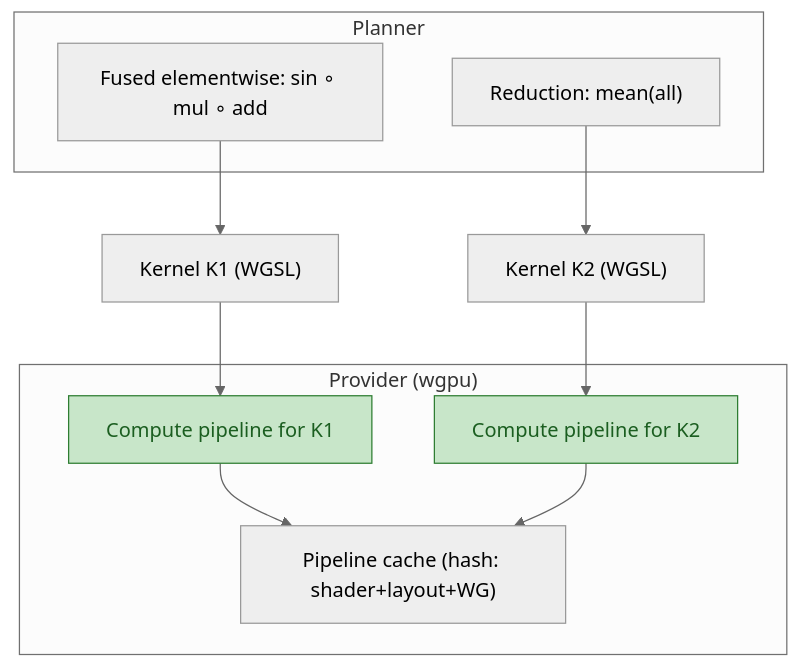
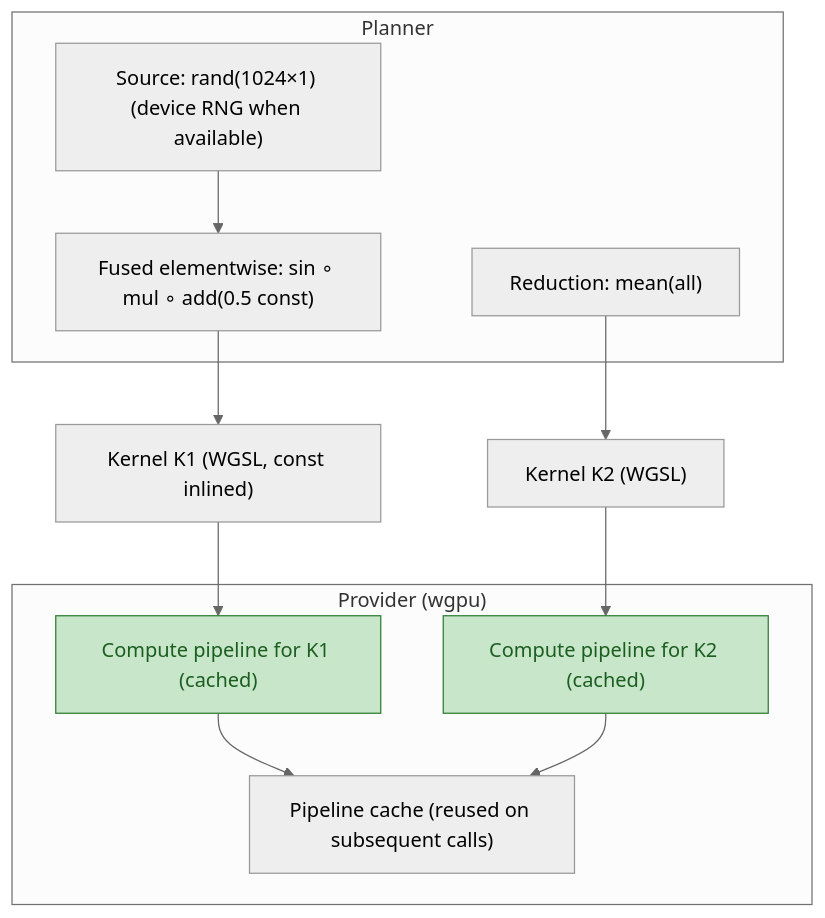
The third of 4 diagrams in docs/INTRODUCTION_TO_RUNMAT_GPU.md (runmat-org/runmat), drawn with Mermaid (neutral theme) before and after one commit. The commit also changed other lines of this file, not shown here.

````diff
--- a/docs/INTRODUCTION_TO_RUNMAT_GPU.md
+++ b/docs/INTRODUCTION_TO_RUNMAT_GPU.md
@@ -108,19 +108,21 @@
 ```mermaid
 graph TD
   subgraph Planner
-    G1["Fused elementwise: sin ∘ mul ∘ add"]
+    S0["Source: rand(1024×1) (device RNG when available)"]
+    G1["Fused elementwise: sin ∘ mul ∘ add(0.5 const)"]
     G2["Reduction: mean(all)"]
   end
-  G1 --> K1["Kernel K1 (WGSL)"]
+  S0 --> G1
+  G1 --> K1["Kernel K1 (WGSL, const inlined)"]
   G2 --> K2["Kernel K2 (WGSL)"]
 
   subgraph "Provider (wgpu)"
-    P1["Compute pipeline for K1"]:::gpu
-    P2["Compute pipeline for K2"]:::gpu
-    C["Pipeline cache (hash: shader+layout+WG)"]
+    P1["Compute pipeline for K1 (cached)"]:::gpu
+    P2["Compute pipeline for K2 (cached)"]:::gpu
+    C["Pipeline cache (reused on subsequent calls)"]
   end
   K1 --> P1 --> C
   K2 --> P2 --> C
 
   classDef gpu fill:#c8e6c9,stroke:#2e7d32,color:#1b5e20,stroke-width:1px;
 ```
````
